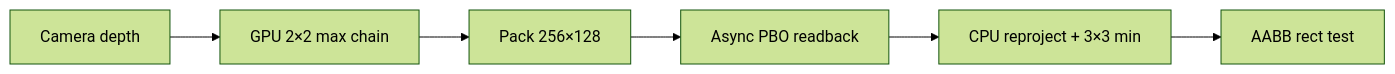
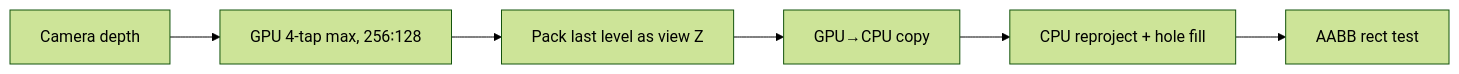
Before and after one commit to AlexAPPi/playcanvas-opti-pixel: the second of 2 diagrams in docs/occlusion/coverage.md, drawn with Mermaid (forest theme). The commit also changed other lines of this file and 19 other files, not shown here.

````diff
--- a/docs/occlusion/coverage.md
+++ b/docs/occlusion/coverage.md
@@ -83,8 +91,8 @@
 ```mermaid
 flowchart LR
-    depth[Camera depth] --> chain["GPU 2×2 max chain"]
-    chain --> pack["Pack 256×128"]
-    pack --> pbo["Async PBO readback"]
-    pbo --> cpu["CPU reproject + 3×3 min"]
+    depth[Camera depth] --> chain["GPU 4-tap max, 256∶128"]
+    chain --> pack["Pack last level as view Z"]
+    pack --> download["GPU→CPU copy"]
+    download --> cpu["CPU reproject + hole fill"]
     cpu --> aabb["AABB rect test"]
 ```
````
